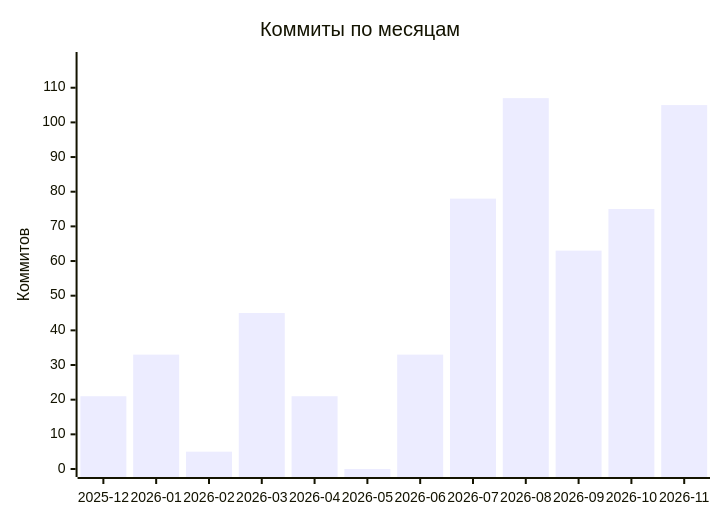
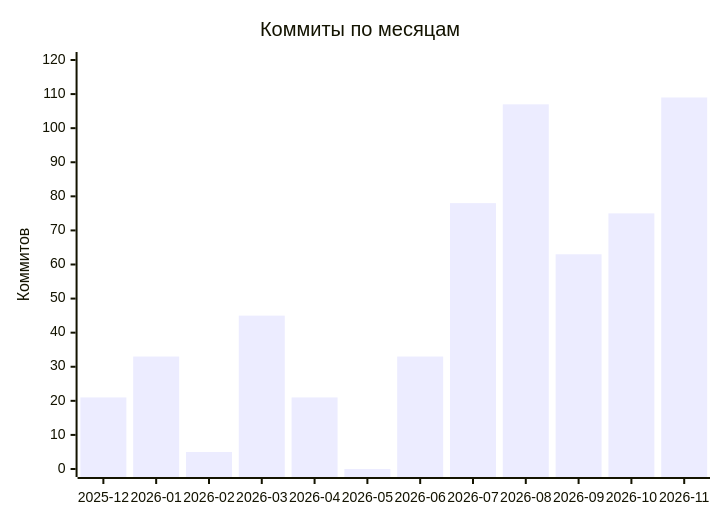
Before and after one commit to malexple/malexple: the diagram in README.md, drawn with Mermaid. The commit also changed other lines of this file and 1 other file, not shown here.

````diff
--- a/README.md
+++ b/README.md
@@ -363,7 +363,7 @@
 ```mermaid
 xychart-beta
     title "Коммиты по месяцам"
     x-axis ["2025-12", "2026-01", "2026-02", "2026-03", "2026-04", "2026-05", "2026-06", "2026-07", "2026-08", "2026-09", "2026-10", "2026-11"]
-    y-axis "Коммитов" 0 --> 118
-    bar [21, 33, 5, 45, 21, 0, 33, 78, 107, 63, 75, 105]
+    y-axis "Коммитов" 0 --> 120
+    bar [21, 33, 5, 45, 21, 0, 33, 78, 107, 63, 75, 109]
 ```
````
